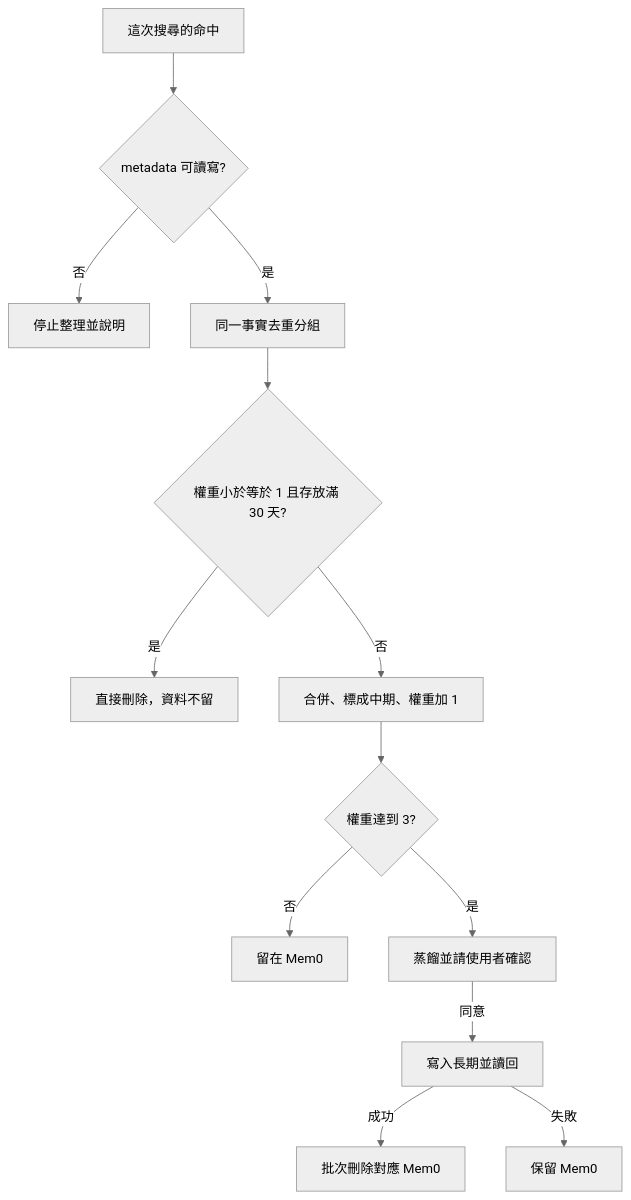
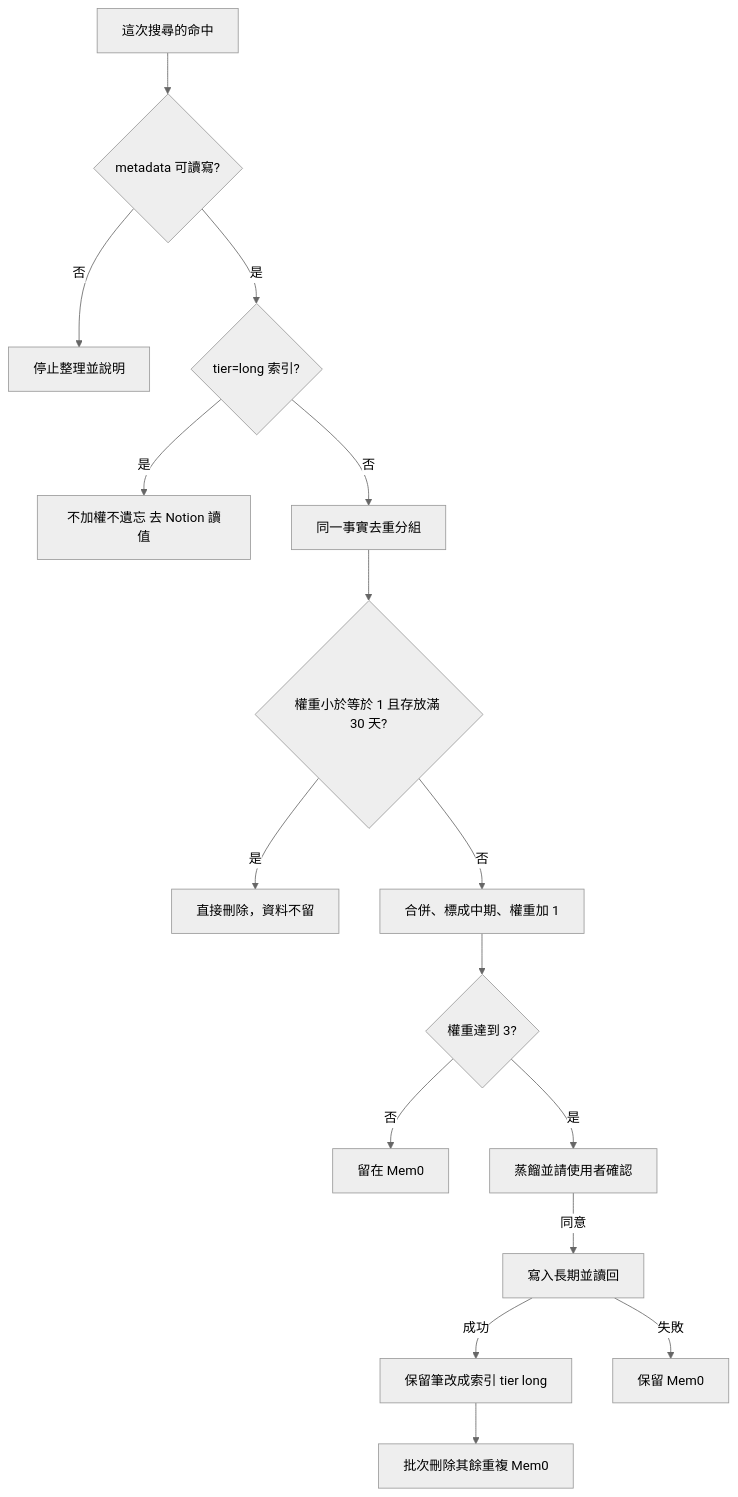
Before and after one commit to VECTOR-COOL/my-agent-toolkit: the diagram in my-plugins/my-workflow/skills/my-memory-consolidate/SKILL.md, drawn with Mermaid (neutral theme). The commit also changed other lines of this file and 7 other files, not shown here.

First line of the commit message:
feat(my-memory): 長期改為 Notion 完整值加 Mem0 索引

````diff
--- a/my-plugins/my-workflow/skills/my-memory-consolidate/SKILL.md
+++ b/my-plugins/my-workflow/skills/my-memory-consolidate/SKILL.md
@@ -12,15 +12,18 @@
 ```mermaid
 graph TD
   Hit[這次搜尋的命中] --> Meta{metadata 可讀寫?}
   Meta -->|否| Stop[停止整理並說明]
-  Meta -->|是| Group[同一事實去重分組]
+  Meta -->|是| Long{tier=long 索引?}
+  Long -->|是| Skip[不加權不遺忘 去 Notion 讀值]
+  Long -->|否| Group[同一事實去重分組]
   Group --> Old{權重小於等於 1 且存放滿 30 天?}
   Old -->|是| Forget[直接刪除，資料不留]
   Old -->|否| Mid[合併、標成中期、權重加 1]
   Mid --> High{權重達到 3?}
   High -->|否| Stay[留在 Mem0]
   High -->|是| Ask[蒸餾並請使用者確認]
   Ask -->|同意| Perm[寫入長期並讀回]
-  Perm -->|成功| Del[批次刪除對應 Mem0]
+  Perm -->|成功| Idx[保留筆改成索引 tier long]
+  Idx --> Del[批次刪除其餘重複 Mem0]
   Perm -->|失敗| Keep[保留 Mem0]
 ```
````
